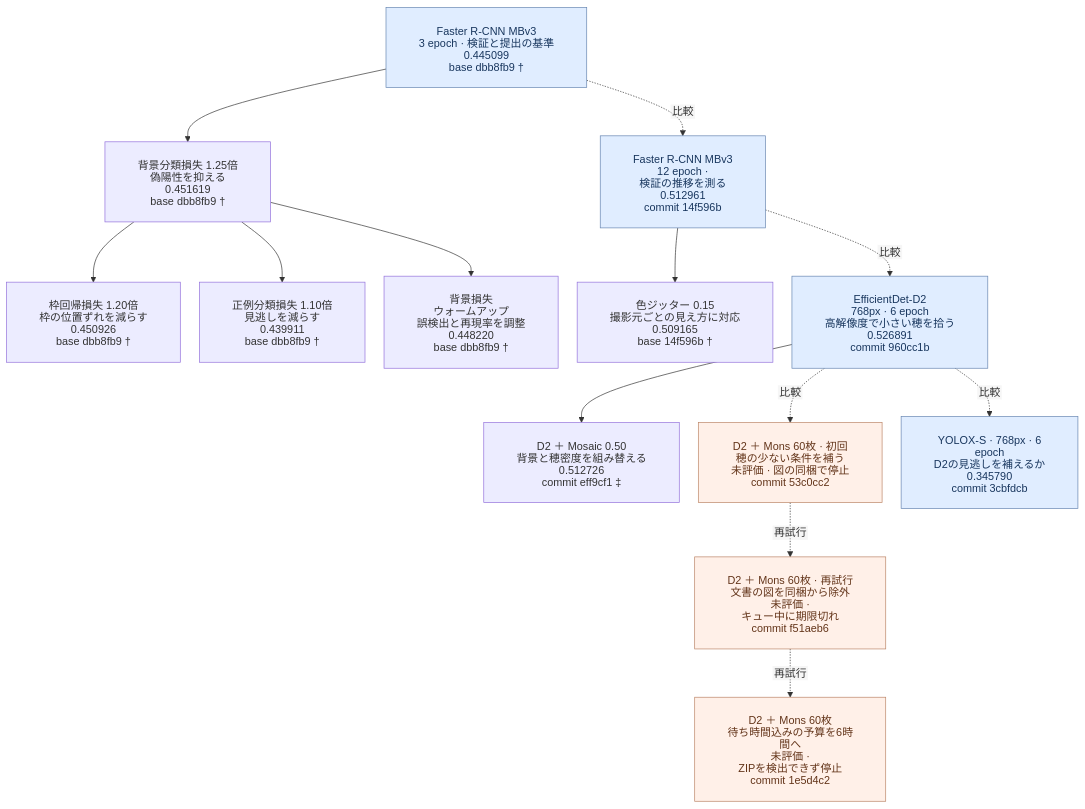
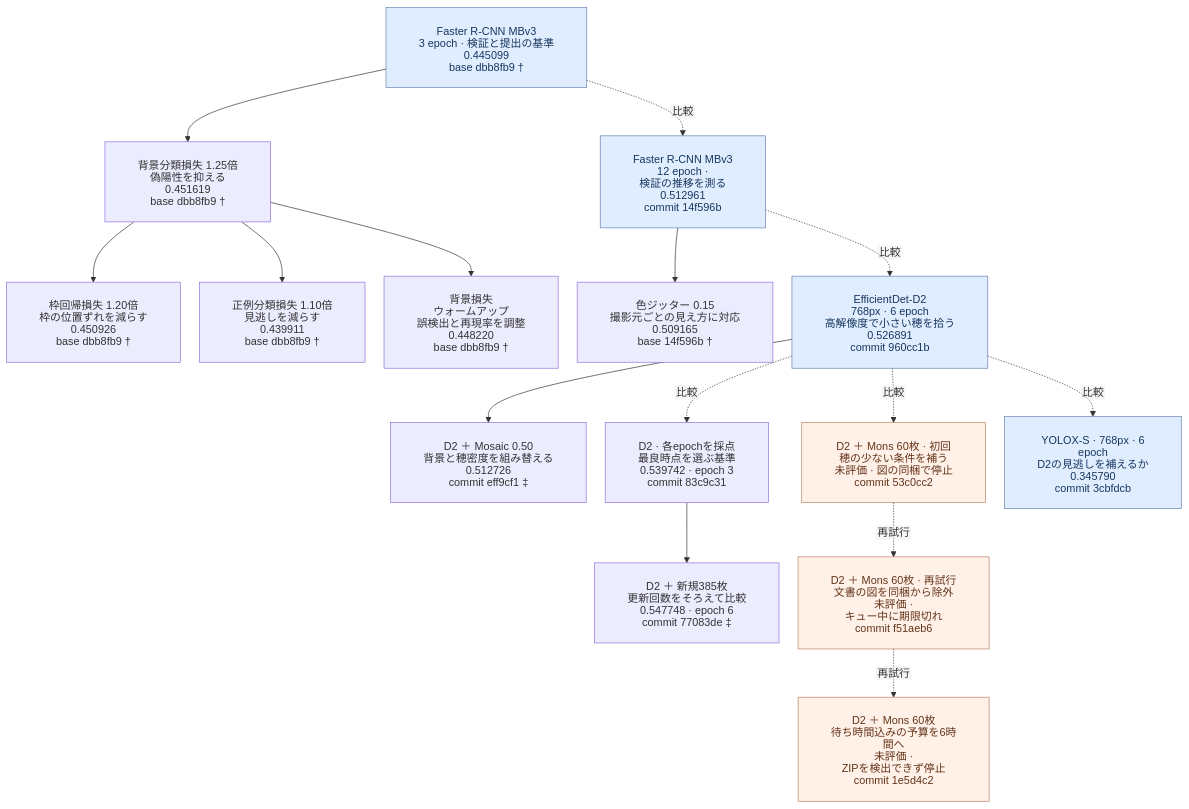
Before and after one commit to Yutarotaro/kaggle-global-wheat-detection: the first of 3 diagrams in docs/experiment-lineage.md, drawn with Mermaid. The commit also changed other lines of this file and 1 other file, not shown here.

````diff
--- a/docs/experiment-lineage.md
+++ b/docs/experiment-lineage.md
@@ -13,35 +13,39 @@
 ```mermaid
 %%{init: {"htmlLabels": false, "flowchart": {"padding": 24, "nodeSpacing": 28}}}%%
 flowchart TB
     B3["Faster R-CNN MBv3<br/>3 epoch · 検証と提出の基準<br/>0.445099<br/>base dbb8fb9 †"]
     BG["背景分類損失 1.25倍<br/>偽陽性を抑える<br/>0.451619<br/>base dbb8fb9 †"]
     BOX["枠回帰損失 1.20倍<br/>枠の位置ずれを減らす<br/>0.450926<br/>base dbb8fb9 †"]
     POS["正例分類損失 1.10倍<br/>見逃しを減らす<br/>0.439911<br/>base dbb8fb9 †"]
     WARM["背景損失<br/>ウォームアップ<br/>誤検出と再現率を調整<br/>0.448220<br/>base dbb8fb9 †"]
     B12["Faster R-CNN MBv3<br/>12 epoch · 検証の推移を測る<br/>0.512961<br/>commit 14f596b"]
     COLOR["色ジッター 0.15<br/>撮影元ごとの見え方に対応<br/>0.509165<br/>base 14f596b †"]
     D2["EfficientDet-D2<br/>768px · 6 epoch<br/>高解像度で小さい穂を拾う<br/>0.526891<br/>commit 960cc1b"]
     MOS["D2 ＋ Mosaic 0.50<br/>背景と穂密度を組み替える<br/>0.512726<br/>commit eff9cf1 ‡"]
+    EPO["D2 · 各epochを採点<br/>最良時点を選ぶ基準<br/>0.539742 · epoch 3<br/>commit 83c9c31"]
+    F385["D2 ＋ 新規385枚<br/>更新回数をそろえて比較<br/>0.547748 · epoch 6<br/>commit 77083de ‡"]
     MON1["D2 ＋ Mons 60枚 · 初回<br/>穂の少ない条件を補う<br/>未評価 · 図の同梱で停止<br/>commit 53c0cc2"]
     MON2["D2 ＋ Mons 60枚 · 再試行<br/>文書の図を同梱から除外<br/>未評価 · キュー中に期限切れ<br/>commit f51aeb6"]
     MON3["D2 ＋ Mons 60枚<br/>待ち時間込みの予算を6時間へ<br/>未評価 · ZIPを検出できず停止<br/>commit 1e5d4c2"]
     Y["YOLOX-S · 768px · 6 epoch<br/>D2の見逃しを補えるか<br/>0.345790<br/>commit 3cbfdcb"]
 
     B3 --> BG
     BG --> BOX
     BG --> POS
     BG --> WARM
     B3 -. 比較 .-> B12
     B12 --> COLOR
     B12 -. 比較 .-> D2
     D2 --> MOS
+    D2 -. 比較 .-> EPO
+    EPO --> F385
     D2 -. 比較 .-> MON1
     MON1 -. 再試行 .-> MON2
     MON2 -. 再試行 .-> MON3
     D2 -. 比較 .-> Y
 
     classDef reference fill:#e0edff,color:#18365e,stroke:#6685b0
     classDef unscored fill:#fff0e8,color:#633419,stroke:#bb8466
     class B3,B12,D2,Y reference
     class MON1,MON2,MON3 unscored
 ```
````
